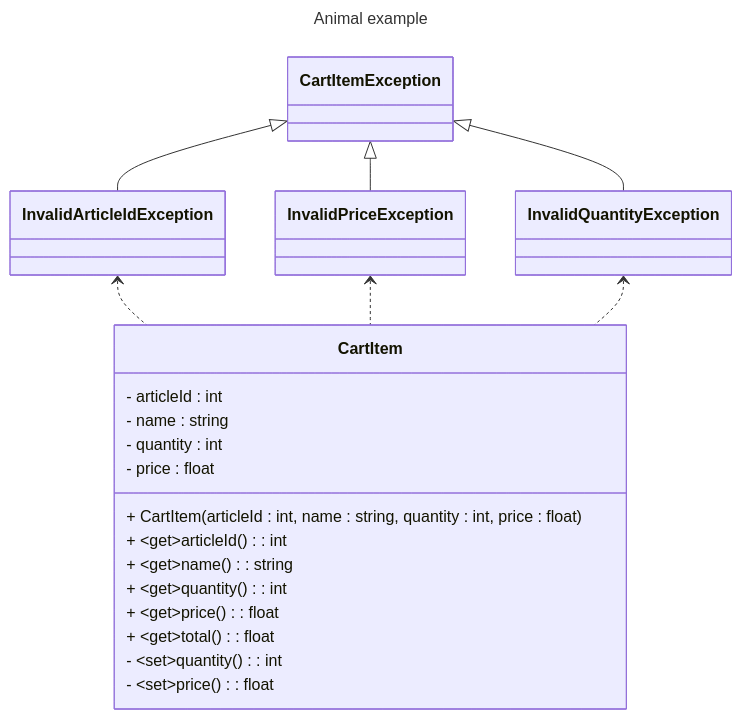
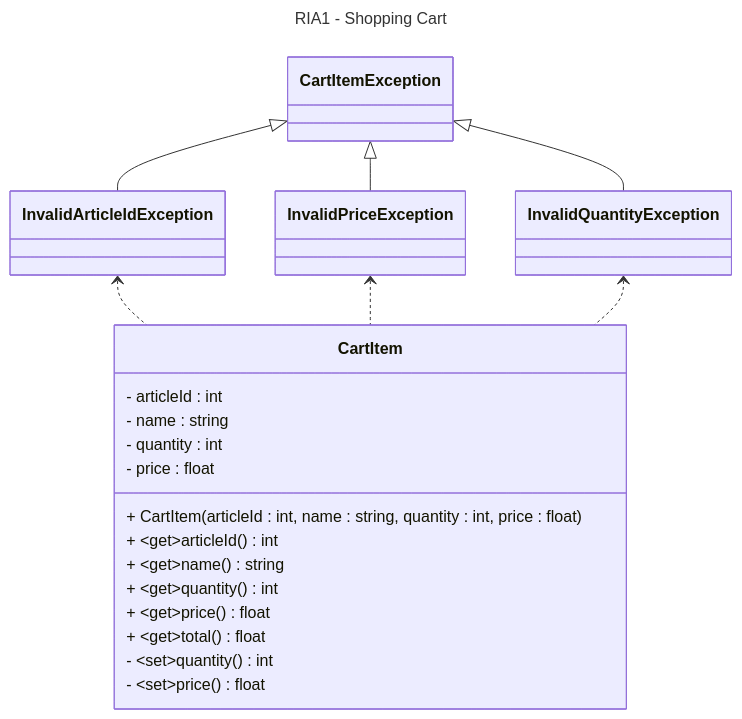
The diagram in docs/class-diagram.md (dieperid/Shopping), drawn with Mermaid before and after one commit.

Commit message:
docs(class diagram): updated title of the classDiagram and updated the getter and setter

````diff
--- a/docs/class-diagram.md
+++ b/docs/class-diagram.md
@@ -1,33 +1,33 @@
 ```mermaid
 ---
-title: Animal example
+title: RIA1 - Shopping Cart
 ---
 classDiagram
     class CartItem {
         - articleId : int
         - name : string
         - quantity : int
         - price : float
 
         + CartItem(articleId : int, name : string, quantity : int, price : float)
-        + ~get~articleId() : int
-        + ~get~name() : string
-        + ~get~quantity() : int
-        + ~get~price() : float
-        + ~get~total() : float
-        - ~set~quantity() : int
-        - ~set~price() : float
+        + ~get~articleId() int
+        + ~get~name() string
+        + ~get~quantity() int
+        + ~get~price() float
+        + ~get~total() float
+        - ~set~quantity() int
+        - ~set~price() float
     }
     class CartItemException { }
     class InvalidArticleIdException { }
     class InvalidPriceException { }
     class InvalidQuantityException { }
 
     CartItemException <|-- InvalidArticleIdException
     CartItemException <|-- InvalidPriceException
     CartItemException <|-- InvalidQuantityException
 
     InvalidArticleIdException <.. CartItem
     InvalidPriceException <.. CartItem
     InvalidQuantityException <.. CartItem
 ```
````
